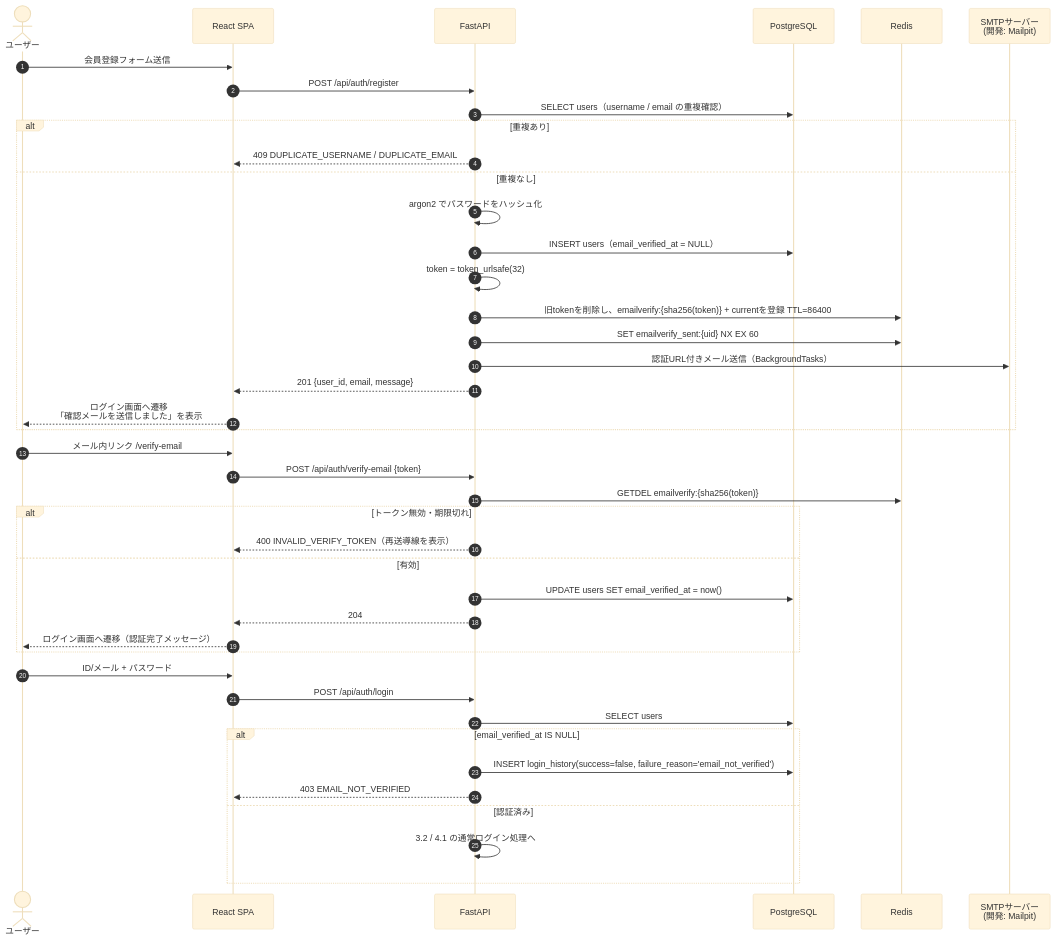
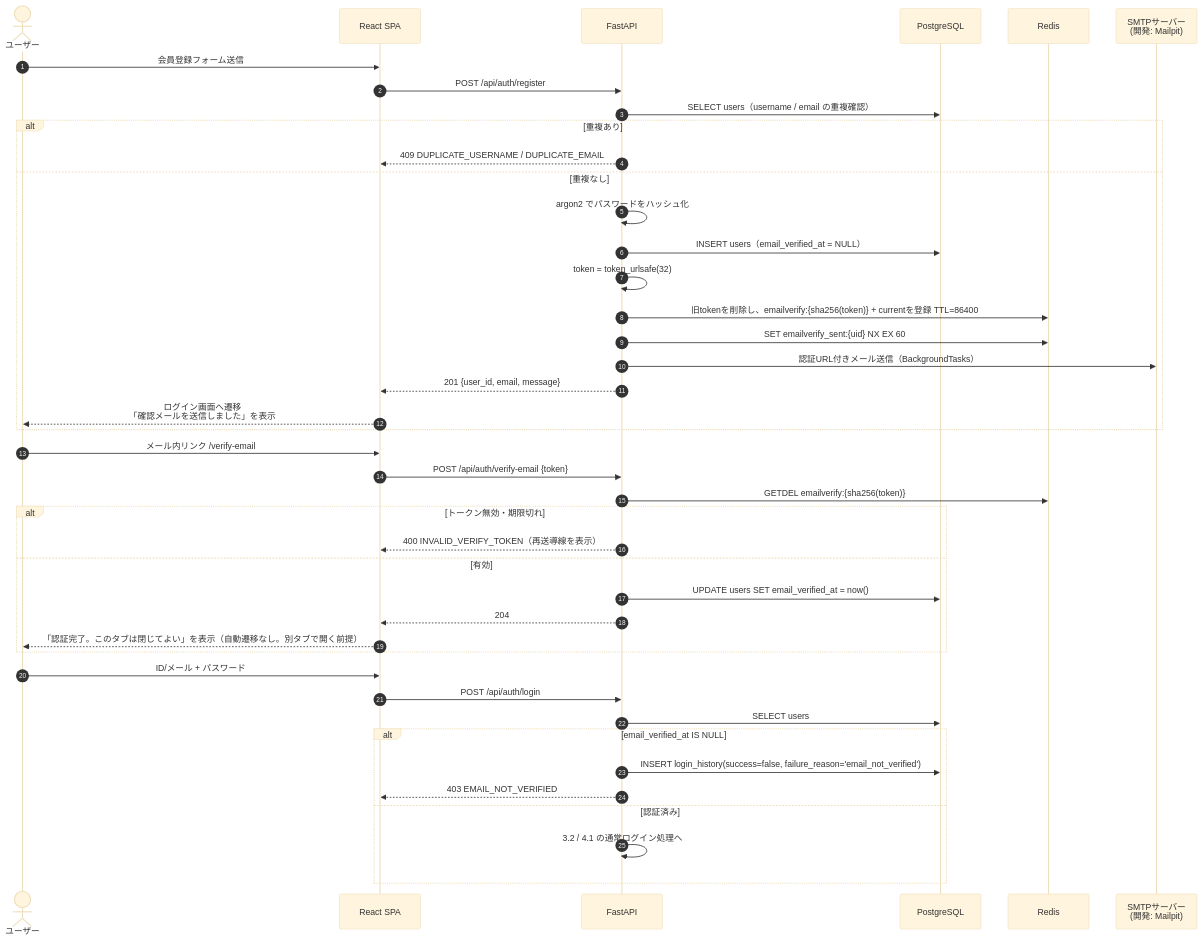
The seventh of 10 diagrams in basic_design/03_auth.md (oikawa-d/task_management), drawn with Mermaid (base theme) before and after one commit. The commit also changed 29 other files, not shown here.

````diff
--- a/basic_design/03_auth.md
+++ b/basic_design/03_auth.md
@@ -324,47 +324,47 @@
 ```mermaid
 sequenceDiagram
     autonumber
     actor U as ユーザー
     participant FE as React SPA
     participant API as FastAPI
     participant PG as PostgreSQL
     participant RD as Redis
     participant SMTP as SMTPサーバー<br/>(開発: Mailpit)
 
     U->>FE: 会員登録フォーム送信
     FE->>API: POST /api/auth/register
     API->>PG: SELECT users（username / email の重複確認）
     alt 重複あり
         API-->>FE: 409 DUPLICATE_USERNAME / DUPLICATE_EMAIL
     else 重複なし
         API->>API: argon2 でパスワードをハッシュ化
         API->>PG: INSERT users（email_verified_at = NULL）
         API->>API: token = token_urlsafe(32)
         API->>RD: 旧tokenを削除し、emailverify:{sha256(token)} + currentを登録 TTL=86400
         API->>RD: SET emailverify_sent:{uid} NX EX 60
         API->>SMTP: 認証URL付きメール送信（BackgroundTasks）
         API-->>FE: 201 {user_id, email, message}
         FE-->>U: ログイン画面へ遷移<br/>「確認メールを送信しました」を表示
     end
 
     U->>FE: メール内リンク /verify-email#token=xxx
     FE->>API: POST /api/auth/verify-email {token}
     API->>RD: GETDEL emailverify:{sha256(token)}
     alt トークン無効・期限切れ
         API-->>FE: 400 INVALID_VERIFY_TOKEN（再送導線を表示）
     else 有効
         API->>PG: UPDATE users SET email_verified_at = now()
         API-->>FE: 204
-        FE-->>U: ログイン画面へ遷移（認証完了メッセージ）
+        FE-->>U: 「認証完了。このタブは閉じてよい」を表示（自動遷移なし。別タブで開く前提）
     end
 
     U->>FE: ID/メール + パスワード
     FE->>API: POST /api/auth/login
     API->>PG: SELECT users
     alt email_verified_at IS NULL
         API->>PG: INSERT login_history(success=false, failure_reason='email_not_verified')
         API-->>FE: 403 EMAIL_NOT_VERIFIED
     else 認証済み
         API->>API: 3.2 / 4.1 の通常ログイン処理へ
     end
 ```
````
